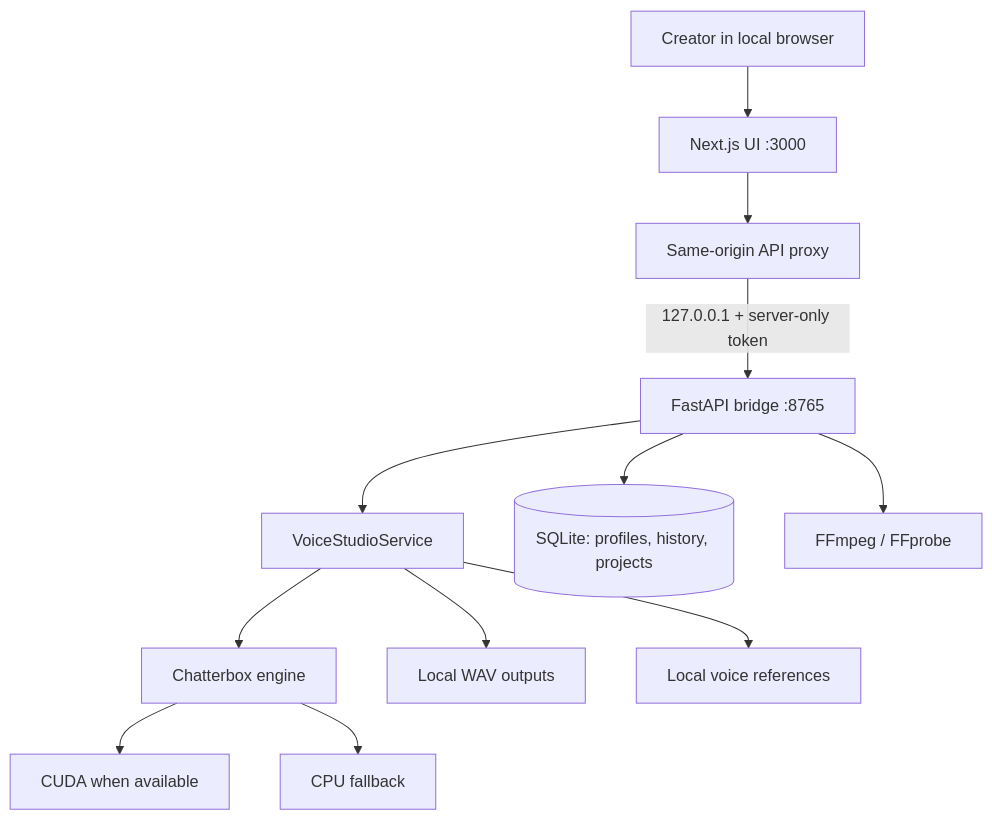
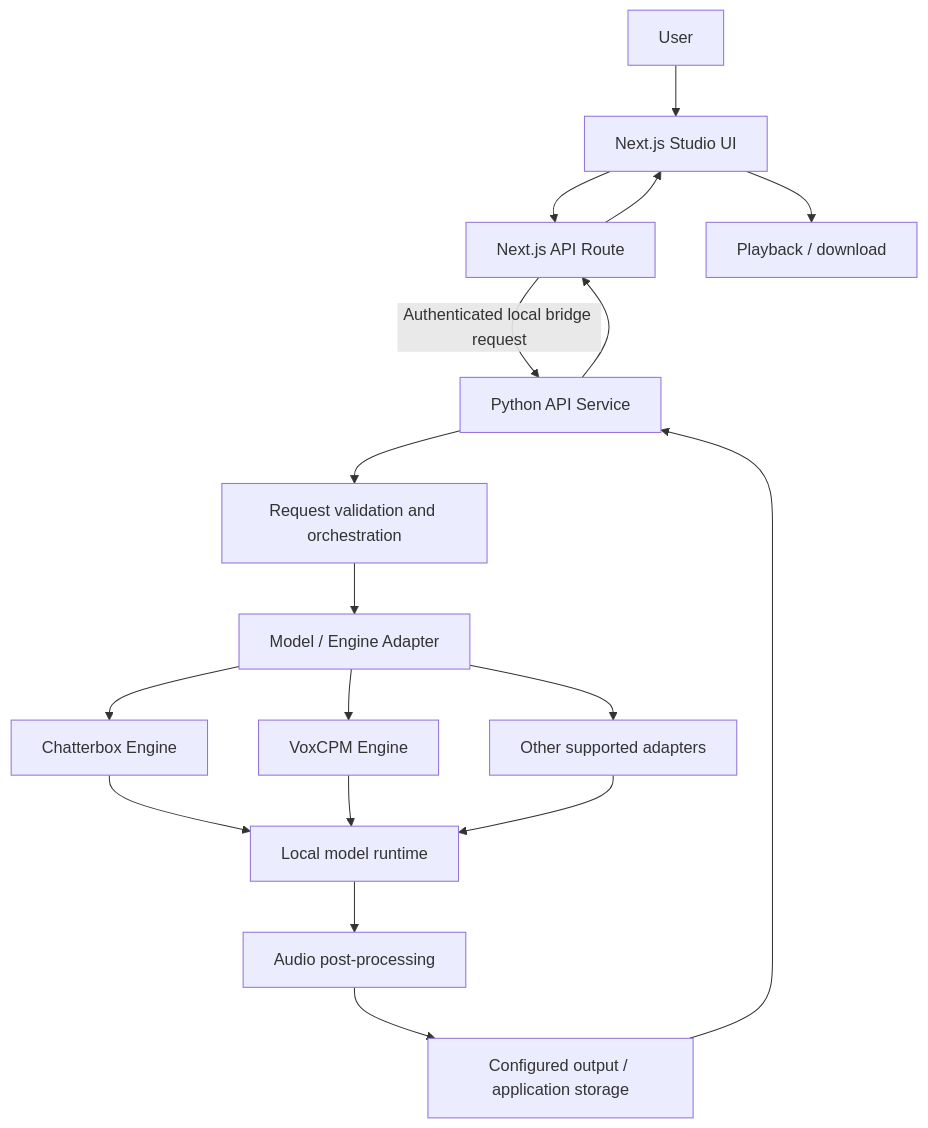
Before and after one commit to costaspinto/ArkByte-Voice-Studio: the first of 6 diagrams in README.md, drawn with Mermaid. The commit also changed other lines of this file and 66 other files, not shown here.

Commit message:
Release ArkByte Voice Studio 1.2.0

````diff
--- a/README.md
+++ b/README.md
@@ -53,14 +99,20 @@
 ```mermaid
-flowchart TD
-    U[Creator in local browser] --> N[Next.js UI :3000]
-    N --> P[Same-origin API proxy]
-    P -->|127.0.0.1 + server-only token| F[FastAPI bridge :8765]
-    F --> S[VoiceStudioService]
-    S --> E[Chatterbox engine]
-    E --> G[CUDA when available]
-    E --> C[CPU fallback]
-    F --> DB[(SQLite: profiles, history, projects)]
-    F --> M[FFmpeg / FFprobe]
-    S --> O[Local WAV outputs]
-    S --> R[Local voice references]
+flowchart TB
+    U[User] --> UI[Next.js Studio UI]
+    UI --> API[Next.js API Route]
+    API -->|Authenticated local bridge request| SVC[Python API Service]
+    SVC --> VAL[Request validation and orchestration]
+    VAL --> REG[Model / Engine Adapter]
+    REG --> CH[Chatterbox Engine]
+    REG --> VX[VoxCPM Engine]
+    REG --> OTHER[Other supported adapters]
+    CH --> INF[Local model runtime]
+    VX --> INF
+    OTHER --> INF
+    INF --> POST[Audio post-processing]
+    POST --> STORE[Configured output / application storage]
+    STORE --> SVC
+    SVC --> API
+    API --> UI
+    UI --> OUT[Playback / download]
 ```
````
